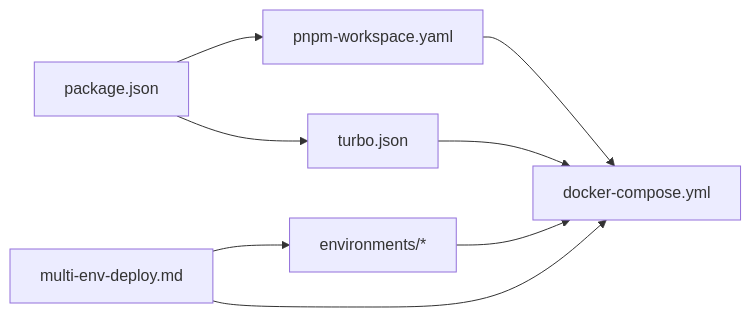
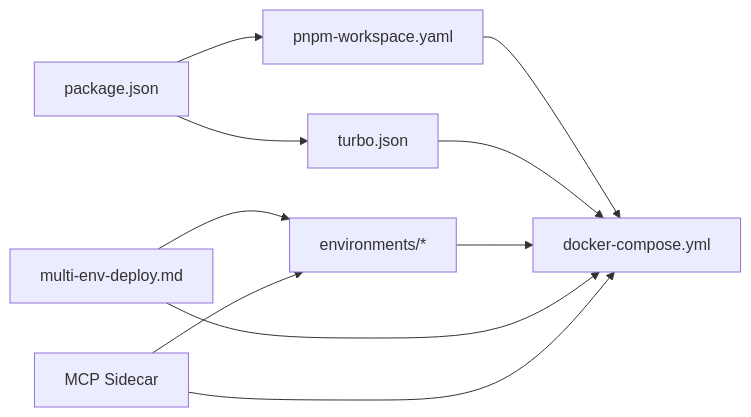
The sixth of 6 diagrams in .qoder/repowiki/zh/content/部署指南/部署指南.md (kai-cui1/ai-prototype-manager), drawn with Mermaid before and after one commit. The commit also changed other lines of this file and 295 other files, not shown here.

````diff
--- a/.qoder/repowiki/zh/content/部署指南/部署指南.md
+++ b/.qoder/repowiki/zh/content/部署指南/部署指南.md
@@ -281,10 +359,12 @@
 ```mermaid
 graph LR
 P["package.json"] --> W["pnpm-workspace.yaml"]
 P --> T["turbo.json"]
 W --> DC["docker-compose.yml"]
 T --> DC
 ENV["environments/*"] --> DC
 DOC["multi-env-deploy.md"] --> ENV
 DOC --> DC
+MCP["MCP Sidecar"] --> DC
+MCP --> ENV
 ```
````
